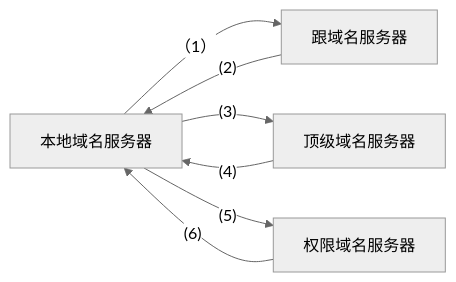
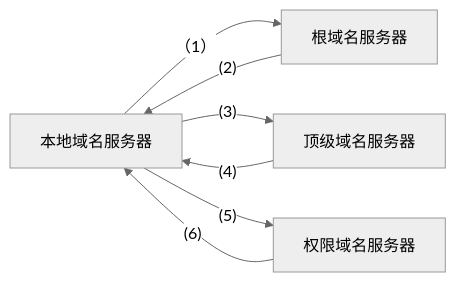
One commit to Wavepoet/hikari_Notes_Datacom changed the fifth of 6 diagrams in 理论/TCP_IP/1.应用层/DNS.md. Above: the diagram before and after it, drawn with Mermaid (neutral theme). The commit also changed other lines of this file and 44 other files, not shown here.

````diff
--- a/理论/TCP_IP/1.应用层/DNS.md
+++ b/理论/TCP_IP/1.应用层/DNS.md
@@ -177,9 +173,9 @@
 ```mermaid
 graph LR
-    A[本地域名服务器]--（1）-->B[跟域名服务器]
+    A[本地域名服务器]--（1）-->B[根域名服务器]
     B--(2)-->A
     A--(3)-->C[顶级域名服务器]
     C--(4)-->A
     A--(5)-->D[权限域名服务器]
     D--(6)-->A
 ```
````
